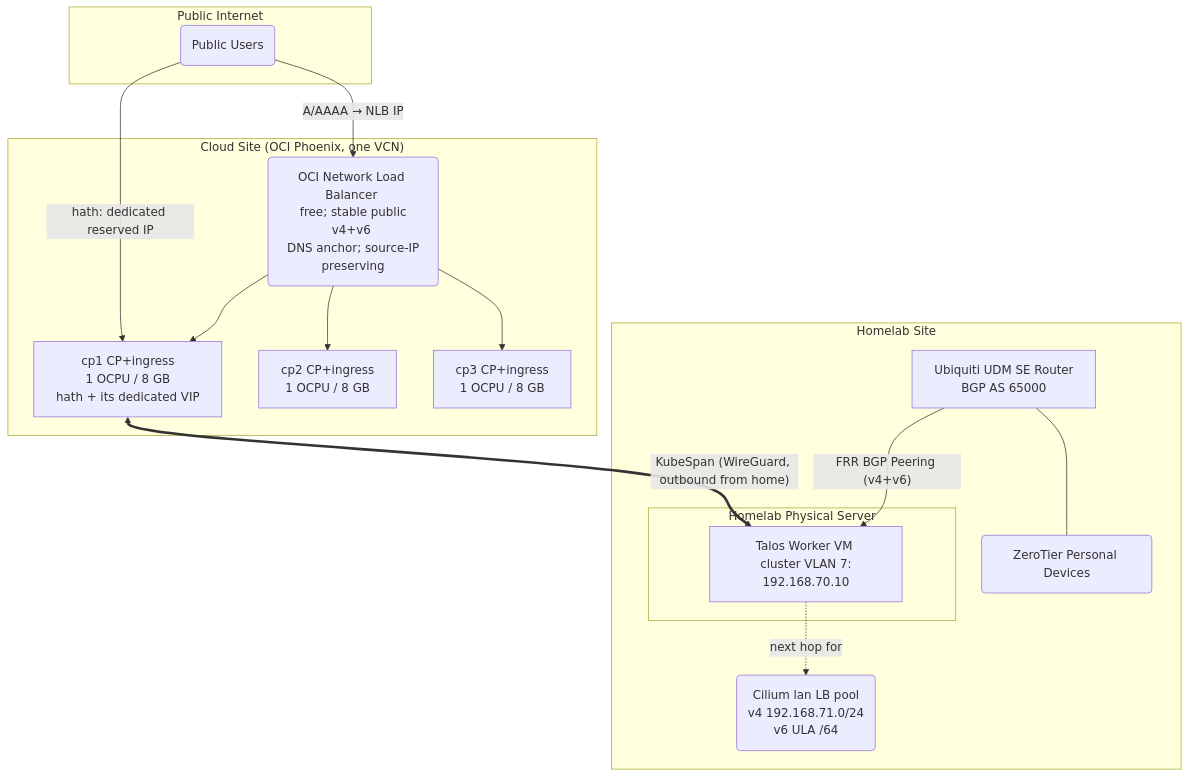
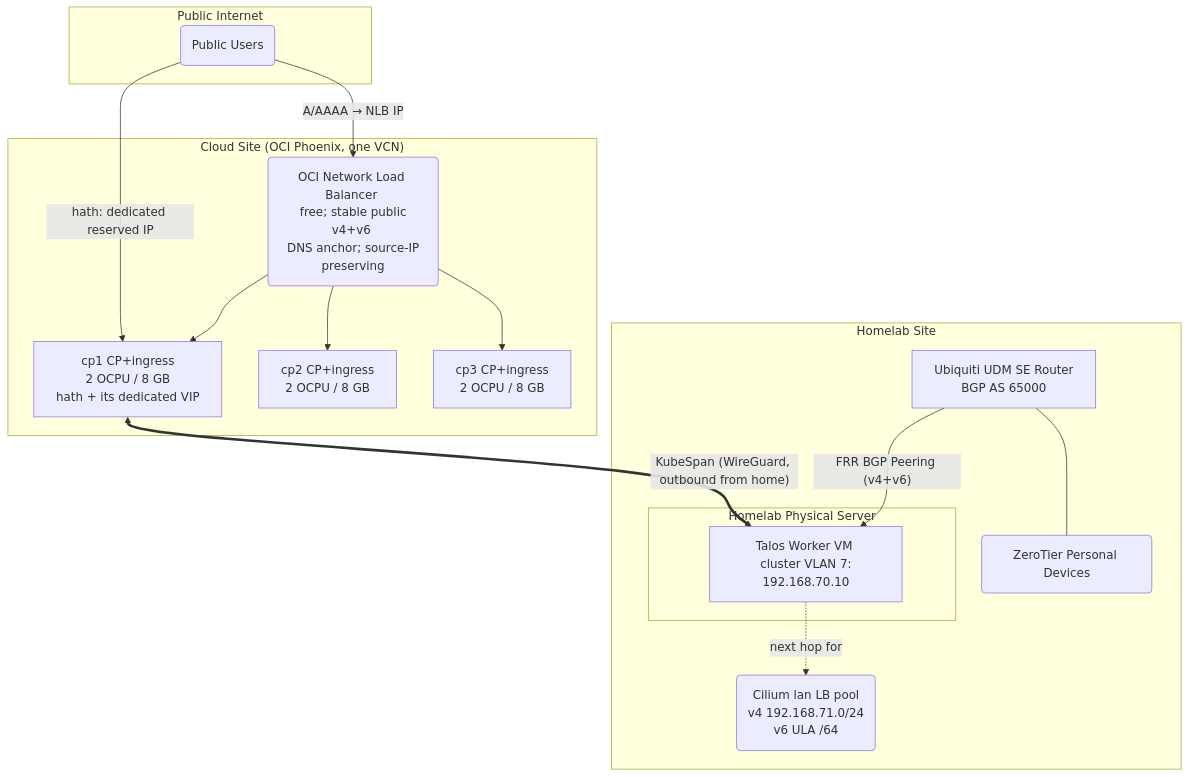
The diagram in docs/cluster/architecture.md (Aetf/kluster), drawn with Mermaid before and after one commit. The commit also changed other lines of this file and 7 other files, not shown here.

````diff
--- a/docs/cluster/architecture.md
+++ b/docs/cluster/architecture.md
@@ -55,39 +55,39 @@
 ```mermaid
 graph TD  
  subgraph "Public Internet"  
  User(Public Users)  
  end  
   
  subgraph "Cloud Site (OCI Phoenix, one VCN)"  
  NLB(OCI Network Load Balancer <br> free; stable public v4+v6 <br> DNS anchor; source-IP preserving)  
- CP1[cp1 CP+ingress <br> 1 OCPU / 8 GB <br> hath + its dedicated VIP]  
- CP2[cp2 CP+ingress <br> 1 OCPU / 8 GB]  
- CP3[cp3 CP+ingress <br> 1 OCPU / 8 GB]  
+ CP1[cp1 CP+ingress <br> 2 OCPU / 8 GB <br> hath + its dedicated VIP]  
+ CP2[cp2 CP+ingress <br> 2 OCPU / 8 GB]  
+ CP3[cp3 CP+ingress <br> 2 OCPU / 8 GB]  
  NLB --> CP1  
  NLB --> CP2  
  NLB --> CP3  
  end  
   
  subgraph "Homelab Site"  
  DMSE[Ubiquiti UDM SE Router <br> BGP AS 65000]  
    
 subgraph "Homelab Physical Server"  
  Homelab_VM[Talos Worker VM <br> cluster VLAN 7: 192.168.70.10]  
  end  
    
  LB_Pool(Cilium lan LB pool <br> v4 192.168.71.0/24 <br> v6 ULA /64)  
  ZT_Net(ZeroTier Personal Devices)  
  end  
   
  %% Routing Flow  
  User -- "A/AAAA → NLB IP" --> NLB  
  User -- "hath: dedicated reserved IP" --> CP1  
  DMSE -- "FRR BGP Peering (v4+v6)" --> Homelab_VM  
  DMSE --- ZT_Net  
    
 %% KubeSpan  
  CP1 <== "KubeSpan (WireGuard, outbound from home)" ==> Homelab_VM  
   
 %% Logical internal links  
  Homelab_VM -. "next hop for" .-> LB_Pool  
 ```
````
